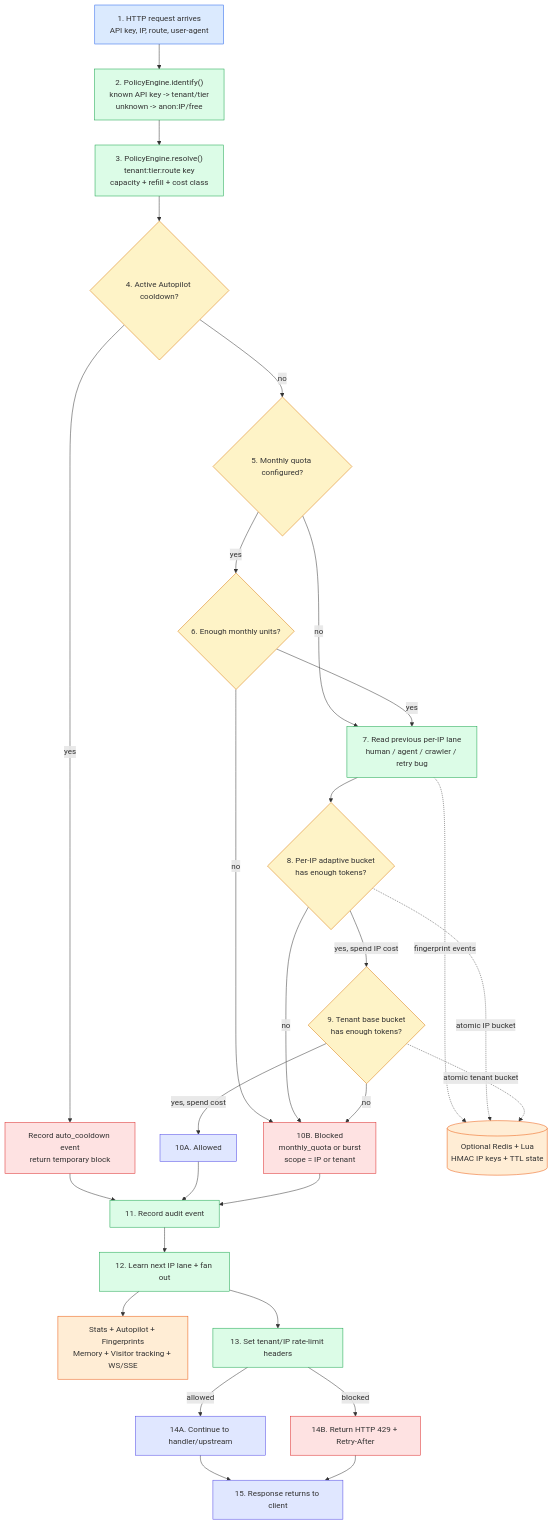
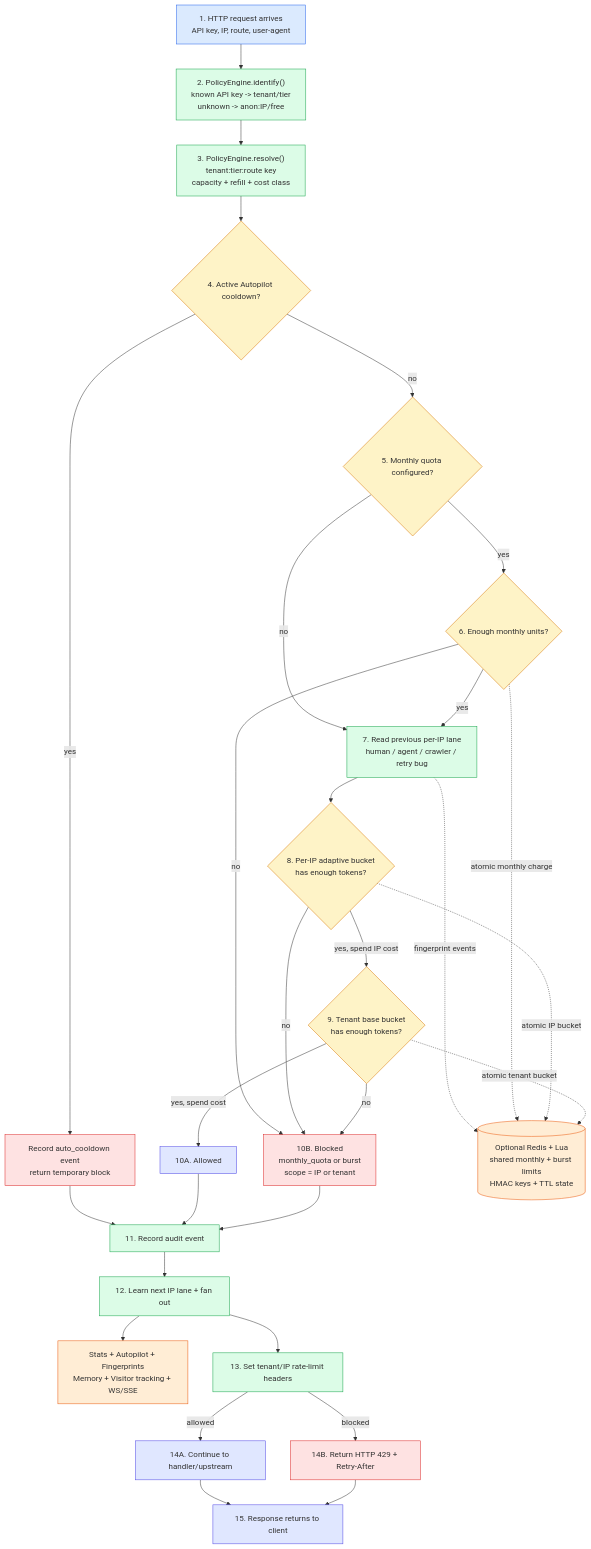
One commit to mightbeanshuu/limitplane-prep changed the diagram in docs/architecture/limitplane-request-flow.mmd. Above: the diagram before and after it, drawn with Mermaid. The commit also changed 20 other files, not shown here.

```diff
--- a/docs/architecture/limitplane-request-flow.mmd
+++ b/docs/architecture/limitplane-request-flow.mmd
@@ -1,57 +1,58 @@
 flowchart TD
   R["1. HTTP request arrives<br/>API key, IP, route, user-agent"]
   I["2. PolicyEngine.identify()<br/>known API key -> tenant/tier<br/>unknown -> anon:IP/free"]
   P["3. PolicyEngine.resolve()<br/>tenant:tier:route key<br/>capacity + refill + cost class"]
   B{"4. Active Autopilot cooldown?"}
   BA["Record auto_cooldown event<br/>return temporary block"]
   M{"5. Monthly quota configured?"}
   MC{"6. Enough monthly units?"}
   F["7. Read previous per-IP lane<br/>human / agent / crawler / retry bug"]
   IP{"8. Per-IP adaptive bucket<br/>has enough tokens?"}
   T{"9. Tenant base bucket<br/>has enough tokens?"}
   A["10A. Allowed"]
   X["10B. Blocked<br/>monthly_quota or burst<br/>scope = IP or tenant"]
   E["11. Record audit event"]
   H["12. Learn next IP lane + fan out"]
   FAN["Stats + Autopilot + Fingerprints<br/>Memory + Visitor tracking + WS/SSE"]
   HEAD["13. Set tenant/IP rate-limit headers"]
   PASS["14A. Continue to handler/upstream"]
   STOP["14B. Return HTTP 429 + Retry-After"]
   RESP["15. Response returns to client"]
-  REDIS[("Optional Redis + Lua<br/>HMAC IP keys + TTL state")]
+  REDIS[("Optional Redis + Lua<br/>shared monthly + burst limits<br/>HMAC keys + TTL state")]
 
   R --> I --> P --> B
   B -- yes --> BA --> E
   B -- no --> M
   M -- no --> F
   M -- yes --> MC
   MC -- no --> X
   MC -- yes --> F
   F --> IP
   F -. fingerprint events .-> REDIS
+  MC -. atomic monthly charge .-> REDIS
   IP -. atomic IP bucket .-> REDIS
   T -. atomic tenant bucket .-> REDIS
   IP -- no --> X
   IP -- yes, spend IP cost --> T
   T -- yes, spend cost --> A
   T -- no --> X
   A --> E
   X --> E
   E --> H --> FAN
   H --> HEAD
   HEAD -->|allowed| PASS --> RESP
   HEAD -->|blocked| STOP --> RESP
 
   classDef input fill:#dbeafe,stroke:#2563eb;
   classDef core fill:#dcfce7,stroke:#16a34a;
   classDef decision fill:#fef3c7,stroke:#d97706;
   classDef blocked fill:#fee2e2,stroke:#dc2626;
   classDef event fill:#ffedd5,stroke:#ea580c;
   classDef output fill:#e0e7ff,stroke:#4f46e5;
   class R input;
   class I,P,F,E,H,HEAD core;
   class B,M,MC,IP,T decision;
   class BA,X,STOP blocked;
   class FAN event;
   class REDIS event;
   class A,PASS,RESP output;
```
